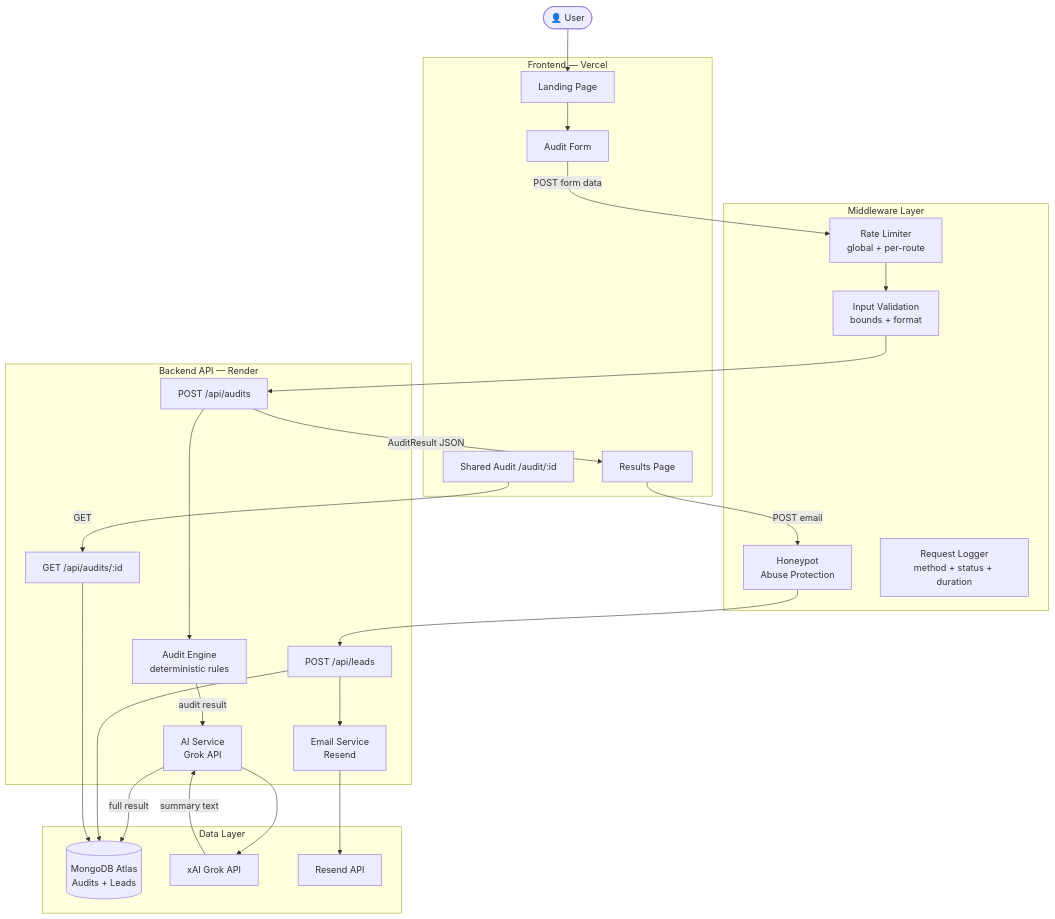
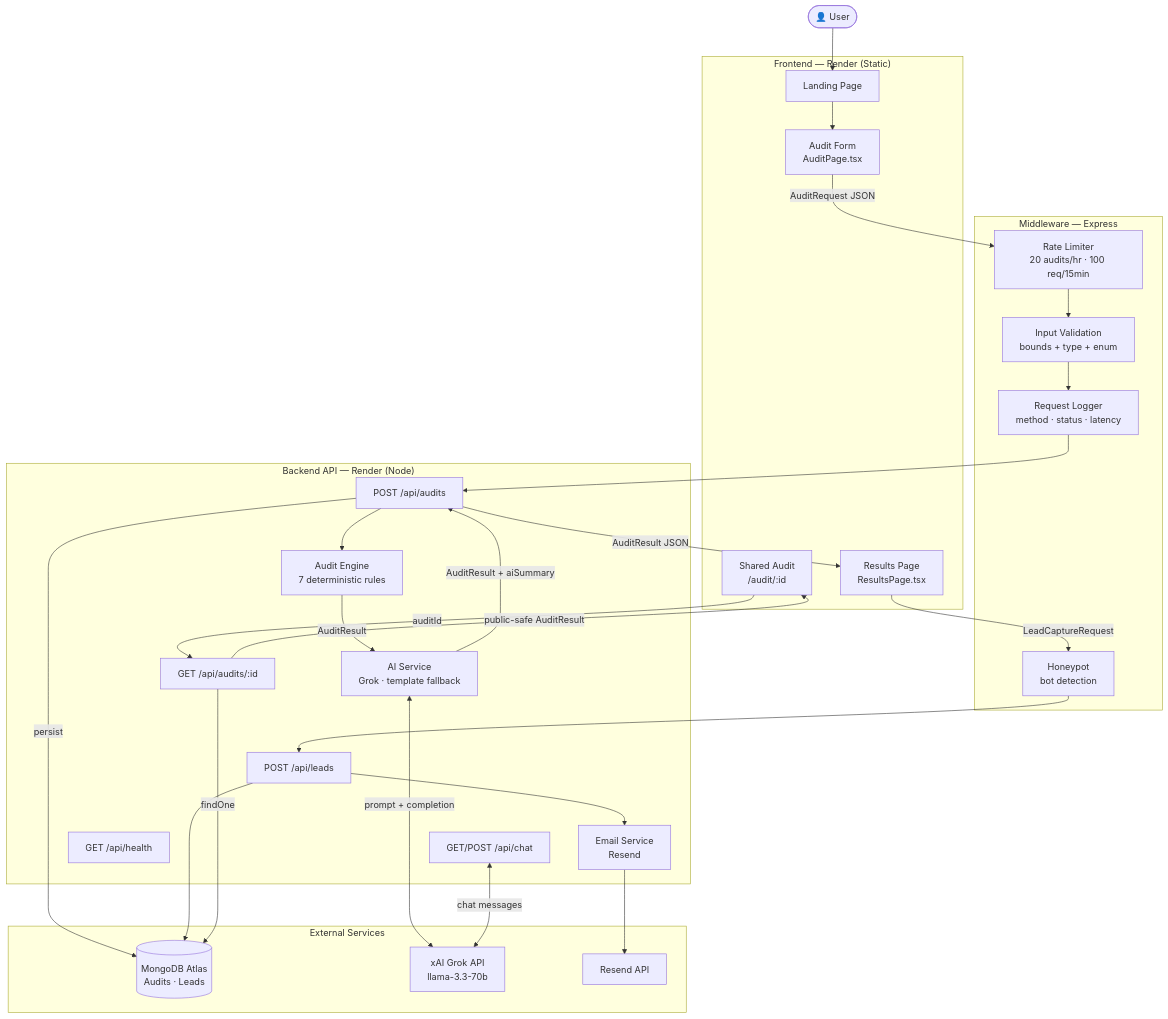
One commit to Dashwanth15/stacksave-ai-audit changed the diagram in ARCHITECTURE.md. Above: the diagram before and after it, drawn with Mermaid. The commit also changed other lines of this file and 3 other files, not shown here.

Commit message:
docs: refine README, architecture, GTM, economics, and final submission docs

````diff
--- a/ARCHITECTURE.md
+++ b/ARCHITECTURE.md
@@ -5,52 +5,60 @@
 ```mermaid
 graph TB
     User([👤 User])
 
-    subgraph Frontend ["Frontend — Vercel"]
+    subgraph Frontend ["Frontend — Render (Static)"]
         LP[Landing Page]
-        AF[Audit Form]
-        RP[Results Page]
-        SA[Shared Audit /audit/:id]
+        AF[Audit Form\nAuditPage.tsx]
+        RP[Results Page\nResultsPage.tsx]
+        SA[Shared Audit\n/audit/:id]
     end
 
-    subgraph Backend ["Backend API — Render"]
-        AuditRoute[POST /api/audits]
-        LeadsRoute[POST /api/leads]
-        GetAudit[GET /api/audits/:id]
-        Engine[Audit Engine\ndeterministic rules]
-        AIService[AI Service\nGrok API]
-        EmailService[Email Service\nResend]
+    subgraph Middleware ["Middleware — Express"]
+        RL[Rate Limiter\n20 audits/hr · 100 req/15min]
+        HP[Honeypot\nbot detection]
+        VA[Input Validation\nbounds + type + enum]
+        LOG[Request Logger\nmethod · status · latency]
     end
 
-    subgraph Middleware ["Middleware Layer"]
-        RateLimit[Rate Limiter\nglobal + per-route]
-        Honeypot[Honeypot\nAbuse Protection]
-        Validation[Input Validation\nbounds + format]
-        Logger[Request Logger\nmethod + status + duration]
+    subgraph Backend ["Backend API — Render (Node)"]
+        AR[POST /api/audits]
+        LR[POST /api/leads]
+        GR[GET /api/audits/:id]
+        CH[GET/POST /api/chat]
+        HE[GET /api/health]
+        ENG[Audit Engine\n7 deterministic rules]
+        AIS[AI Service\nGrok · template fallback]
+        EMS[Email Service\nResend]
     end
 
-    subgraph Data ["Data Layer"]
-        MongoDB[(MongoDB Atlas\nAudits + Leads)]
-        GrokAPI[xAI Grok API]
-        ResendAPI[Resend API]
+    subgraph External ["External Services"]
+        MDB[(MongoDB Atlas\nAudits · Leads)]
+        GRK[xAI Grok API\nllama-3.3-70b]
+        RSN[Resend API]
     end
 
     User --> LP
     LP --> AF
-    AF -->|POST form data| RateLimit
-    RateLimit --> Validation
-    Validation --> AuditRoute
-    AuditRoute --> Engine
-    Engine -->|audit result| AIService
-    AIService --> GrokAPI
-    GrokAPI -->|summary text| AIService
-    AIService -->|full result| MongoDB
-    AuditRoute -->|AuditResult JSON| RP
-    RP -->|POST email| Honeypot
-    Honeypot --> LeadsRoute
-    LeadsRoute --> MongoDB
-    LeadsRoute --> EmailService
-    EmailService --> ResendAPI
-    SA -->|GET| GetAudit
-    GetAudit --> MongoDB
+    AF -->|AuditRequest JSON| RL
+    RL --> VA
+    VA --> LOG
+    LOG --> AR
+    AR --> ENG
+    ENG -->|AuditResult| AIS
+    AIS <-->|prompt + completion| GRK
+    AIS -->|AuditResult + aiSummary| AR
+    AR -->|persist| MDB
+    AR -->|AuditResult JSON| RP
+
+    RP -->|LeadCaptureRequest| HP
+    HP --> LR
+    LR --> MDB
+    LR --> EMS
+    EMS --> RSN
+
+    SA -->|auditId| GR
+    GR -->|findOne| MDB
+    GR -->|public-safe AuditResult| SA
+
+    CH <-->|chat messages| GRK
 ```
````
